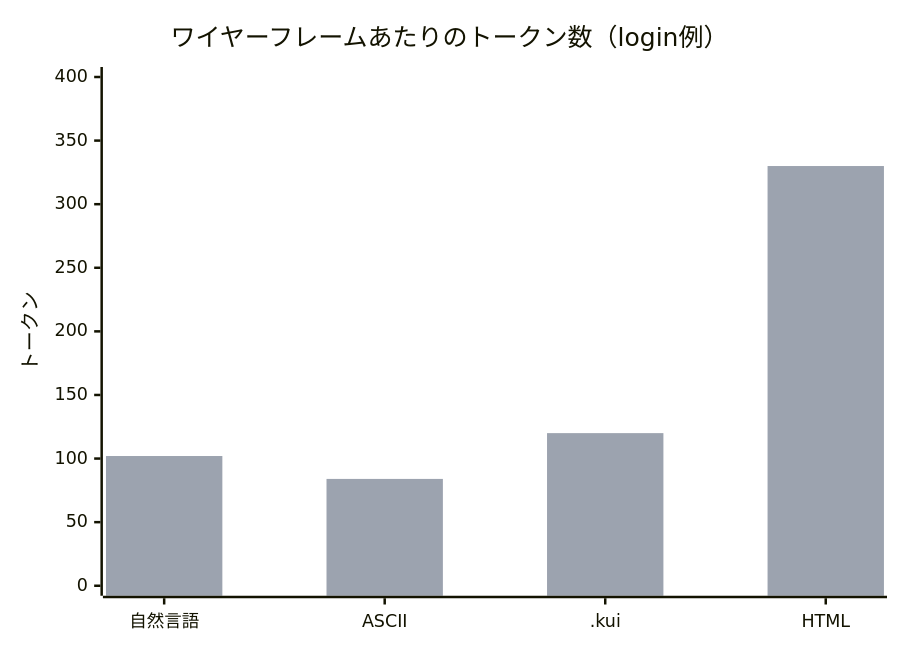
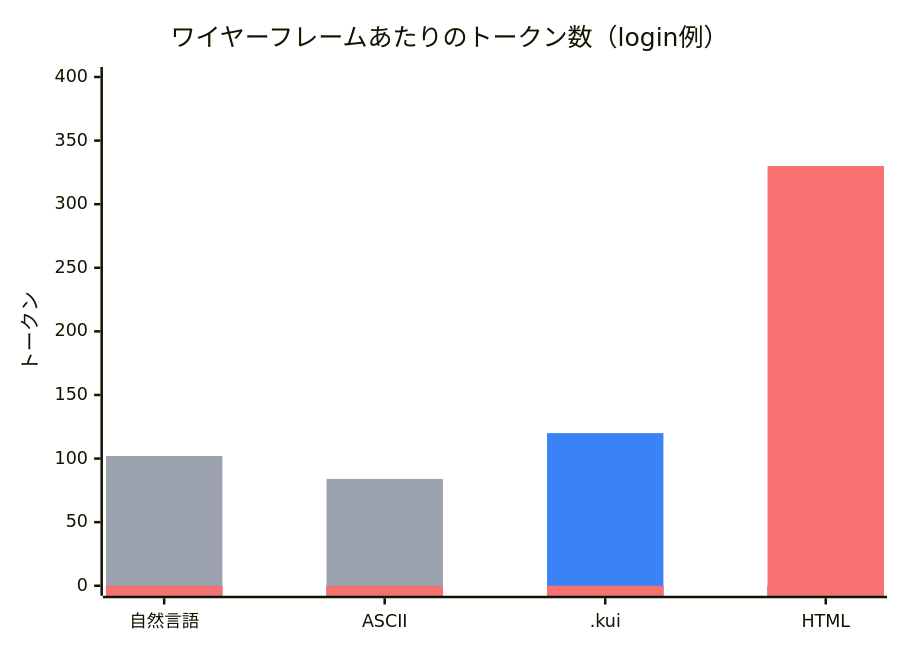
Before and after one commit to enlinks-llc/katsuragi: the diagram in README.ja.md, drawn with Mermaid. The commit also changed 1 other file, not shown here.

Commit message:
docs(readme): use multiple bar series for individual colors
plotColorPalette applies per-series, not per-bar.
Split into 3 series: gray (NL+ASCII), blue (.kui), red (HTML)

````diff
--- a/README.ja.md
+++ b/README.ja.md
@@ -20,13 +20,15 @@
 ```mermaid
 ---
 config:
   themeVariables:
     xyChart:
-      plotColorPalette: "#9CA3AF, #9CA3AF, #3B82F6, #F87171"
+      plotColorPalette: "#9CA3AF, #3B82F6, #F87171"
 ---
 xychart-beta
     title "ワイヤーフレームあたりのトークン数（login例）"
     x-axis ["自然言語", "ASCII", ".kui", "HTML"]
     y-axis "トークン" 0 --> 400
-    bar [102, 84, 120, 330]
+    bar [102, 84, 0, 0]
+    bar [0, 0, 120, 0]
+    bar [0, 0, 0, 330]
 ```
````
